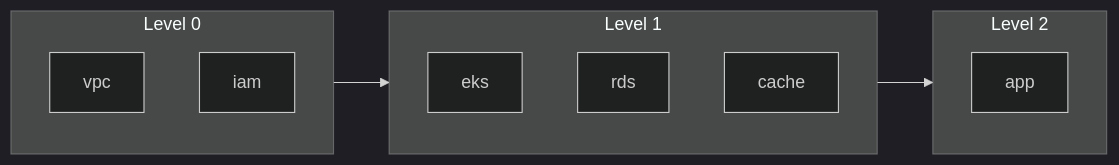
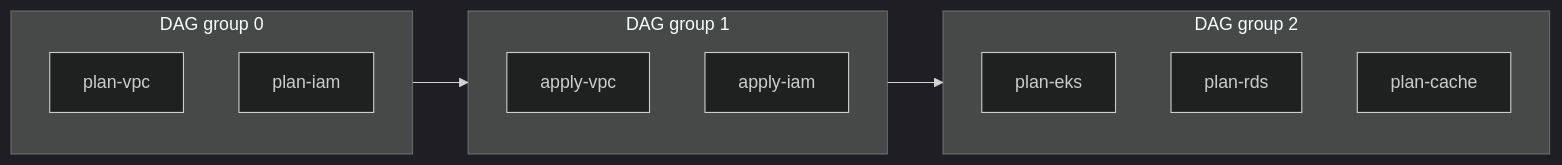
Before and after one commit to edelwud/terraci: the diagram in docs/guide/pipeline-generation.md, drawn with Mermaid (dark theme). The commit also changed other lines of this file and 89 other files, not shown here.

````diff
--- a/docs/guide/pipeline-generation.md
+++ b/docs/guide/pipeline-generation.md
@@ -126,16 +126,17 @@
 ```mermaid
 flowchart LR
-  subgraph l0["Level 0"]
-    vpc
-    iam
+  subgraph g0["DAG group 0"]
+    plan_vpc["plan-vpc"]
+    plan_iam["plan-iam"]
   end
-  subgraph l1["Level 1"]
-    eks
-    rds
-    cache
+  subgraph g1["DAG group 1"]
+    apply_vpc["apply-vpc"]
+    apply_iam["apply-iam"]
   end
-  subgraph l2["Level 2"]
-    app
+  subgraph g2["DAG group 2"]
+    plan_eks["plan-eks"]
+    plan_rds["plan-rds"]
+    plan_cache["plan-cache"]
   end
-  l0 --> l1 --> l2
+  g0 --> g1 --> g2
 ```
````
